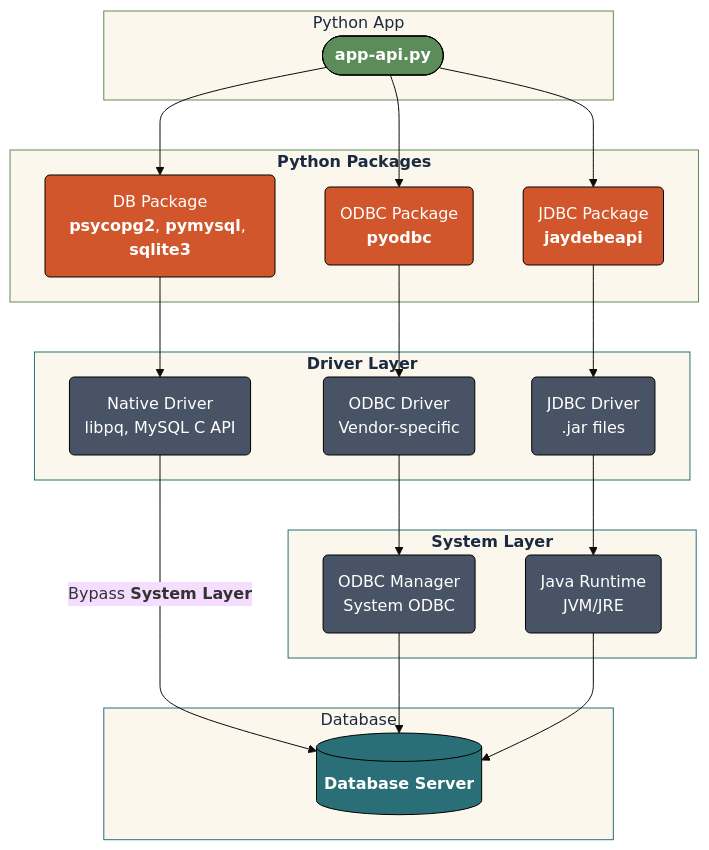
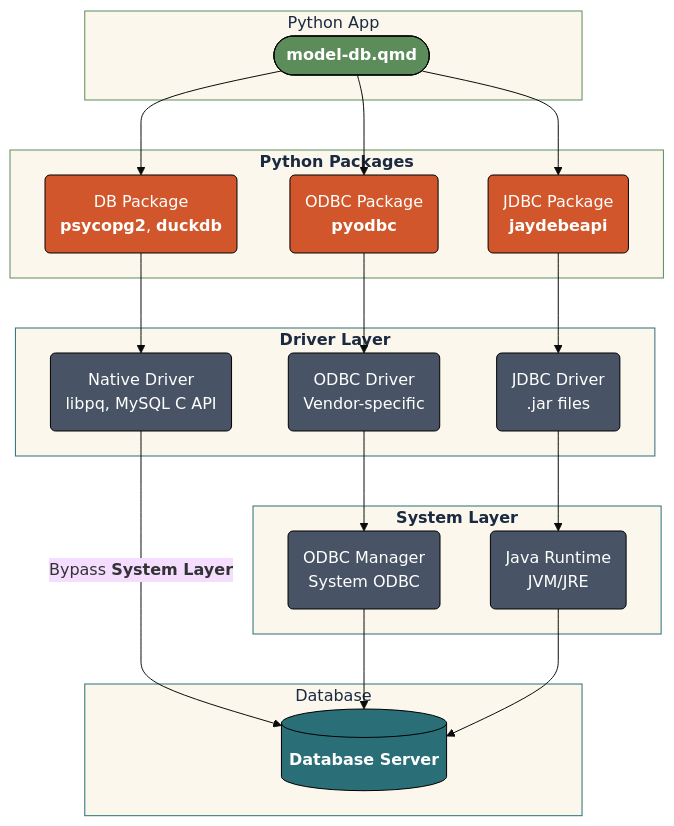
One commit to mjfrigaard/do4ds-labs changed the first of 7 diagrams in lab03.qmd. Above: the diagram before and after it, drawn with Mermaid. The commit also changed other lines of this file and 15 other files, not shown here.

Commit message:
Review lab03, py-app-api, r-app-api, plumber, plumber2: fact fixes, real output, lab 3 model, new screenshots

````diff
--- a/lab03.qmd
+++ b/lab03.qmd
@@ -59,73 +57,73 @@
 ```{mermaid}
 %%| fig-cap: 'Python DB Connections'
 %%| fig-align: 'center'
 %%{init: {'theme': 'base', 'look': 'classic', 'themeVariables': {'fontFamily': 'monospace'}}}%%
 
 graph TB
     subgraph PyApp["Python App"]
-        PyCode(["<strong>app-api.py</strong>"])
+        PyCode(["<strong>model-db.qmd</strong>"])
     end
 
     
     subgraph PyPkg["<strong>Python Packages</strong>"]
-        DBPkg("DB Package<br><strong>psycopg2</strong>, <strong>pymysql</strong>, <strong>sqlite3</strong>")
+        DBPkg("DB Package<br><strong>psycopg2</strong>, <strong>duckdb</strong>")
         ODBCPkg("ODBC Package<br><strong>pyodbc</strong>")
         JDBCPkg("JDBC Package<br><strong>jaydebeapi</strong>")
     end
     
     %%% Tints of #35605a
 
     subgraph Driver["<strong>Driver Layer</strong>"]
         NatDrv("Native Driver<br>libpq, MySQL C API")
         ODBCDrv("ODBC Driver<br>Vendor-specific")
         JDBCDrv("JDBC Driver<br>.jar files")
     end
 
     %% Tints of #6b818c
     
     subgraph System["<strong>System Layer</strong>"]
         ODBCSys("ODBC Manager<br>System ODBC")
         JAVASys("Java Runtime<br>JVM/JRE")
     end
 
     %% Tints of #00120b
     
     subgraph DB["Database"]
         DBServ[("<strong>Database Server</strong>")]
     end
 
     
     %% Direct pathway (bypasses system layer)
     PyCode --> DBPkg
     DBPkg --> NatDrv
     NatDrv --"`Bypass <strong>System Layer</strong>`"--> DBServ
     
     %% ODBC pathway
     PyCode --> ODBCPkg
     ODBCPkg --> ODBCDrv
     ODBCDrv --> ODBCSys
     ODBCSys --> DBServ
     
     %% JDBC pathway
     PyCode --> JDBCPkg
     JDBCPkg --> JDBCDrv
     JDBCDrv --> JAVASys
     JAVASys --> DBServ
     style PyApp fill:#fbf7ec,stroke:#5B8C5A,color:#1B2A41
     style PyPkg fill:#fbf7ec,stroke:#5B8C5A,color:#1B2A41
     style Driver fill:#fbf7ec,stroke:#2A6F77,color:#1B2A41
     style System fill:#fbf7ec,stroke:#2A6F77,color:#1B2A41
     style DB fill:#fbf7ec,stroke:#2A6F77,color:#1B2A41
     style PyCode fill:#5B8C5A,stroke:#000000,stroke-width:1px,color:#ffffff
     style DBPkg fill:#D2562B,stroke:#000000,stroke-width:1px,color:#ffffff
     style ODBCPkg fill:#D2562B,stroke:#000000,stroke-width:1px,color:#ffffff
     style JDBCPkg fill:#D2562B,stroke:#000000,stroke-width:1px,color:#ffffff
     style NatDrv fill:#485466,stroke:#000000,stroke-width:1px,color:#ffffff
     style ODBCDrv fill:#485466,stroke:#000000,stroke-width:1px,color:#ffffff
     style JDBCDrv fill:#485466,stroke:#000000,stroke-width:1px,color:#ffffff
     style ODBCSys fill:#485466,stroke:#000000,stroke-width:1px,color:#ffffff
     style JAVASys fill:#485466,stroke:#000000,stroke-width:1px,color:#ffffff
     style DBServ fill:#2A6F77,stroke:#000000,stroke-width:1px,color:#ffffff
     
 
 ```
````
